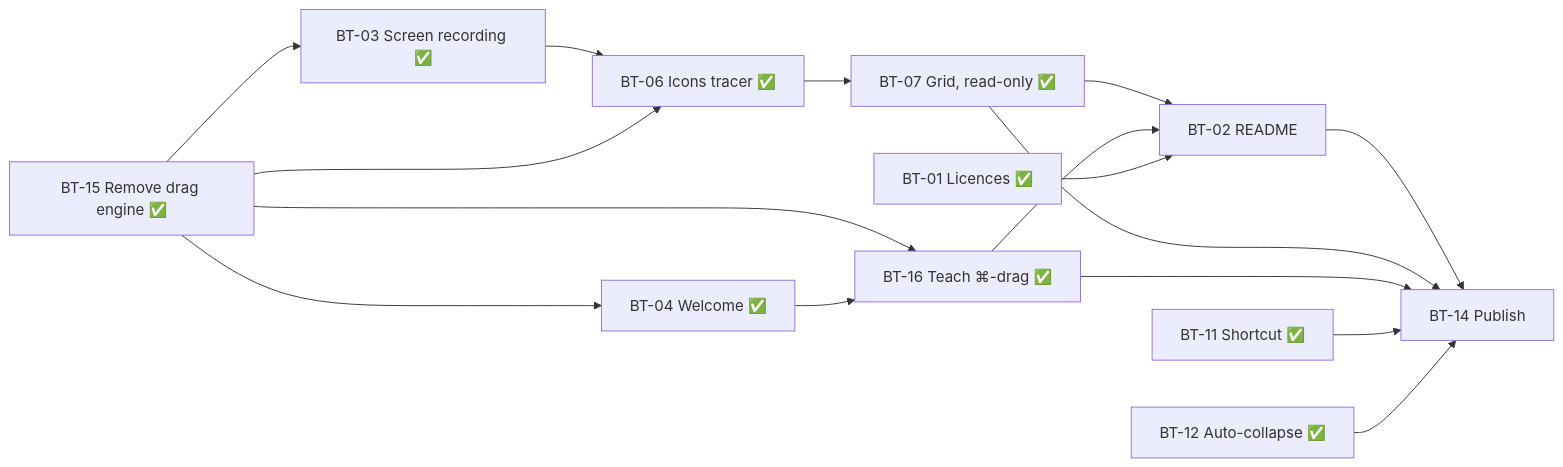
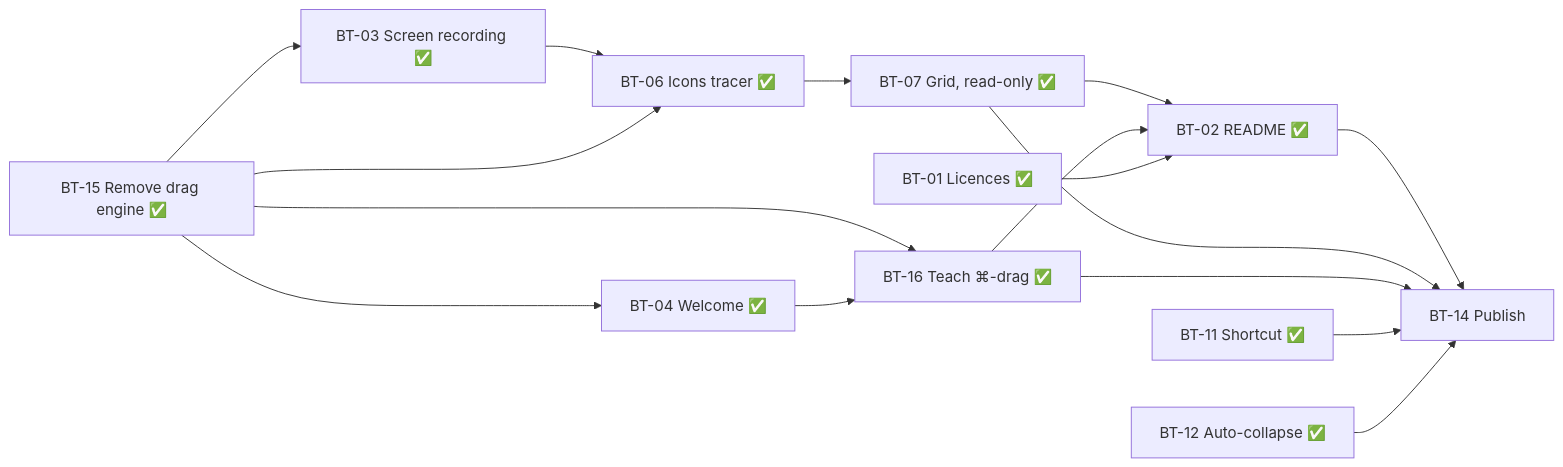
The diagram in docs/BOARD.md (Kodak2383/BarT), drawn with Mermaid before and after one commit. The commit also changed other lines of this file and 2 other files, not shown here.

````diff
--- a/docs/BOARD.md
+++ b/docs/BOARD.md
@@ -50,19 +49,19 @@
 ```mermaid
 graph LR
   BT15[BT-15 Remove drag engine ✅] --> BT03[BT-03 Screen recording ✅]
   BT15 --> BT04[BT-04 Welcome ✅]
   BT15 --> BT16[BT-16 Teach ⌘-drag ✅]
   BT04 --> BT16
   BT03 --> BT06[BT-06 Icons tracer ✅]
   BT15 --> BT06
   BT06 --> BT07[BT-07 Grid, read-only ✅]
-  BT07 --> BT02[BT-02 README]
-  BT16 --> BT02
+  BT07 --> BT02[BT-02 README ✅]
+  BT16 --> BT02[BT-02 README ✅]
   BT11[BT-11 Shortcut ✅]
-  BT01[BT-01 Licences ✅] --> BT02
+  BT01[BT-01 Licences ✅] --> BT02[BT-02 README ✅]
   BT02 --> BT14[BT-14 Publish]
   BT07 --> BT14
   BT16 --> BT14
   BT11 --> BT14
   BT12[BT-12 Auto-collapse ✅] --> BT14
 ```
````
